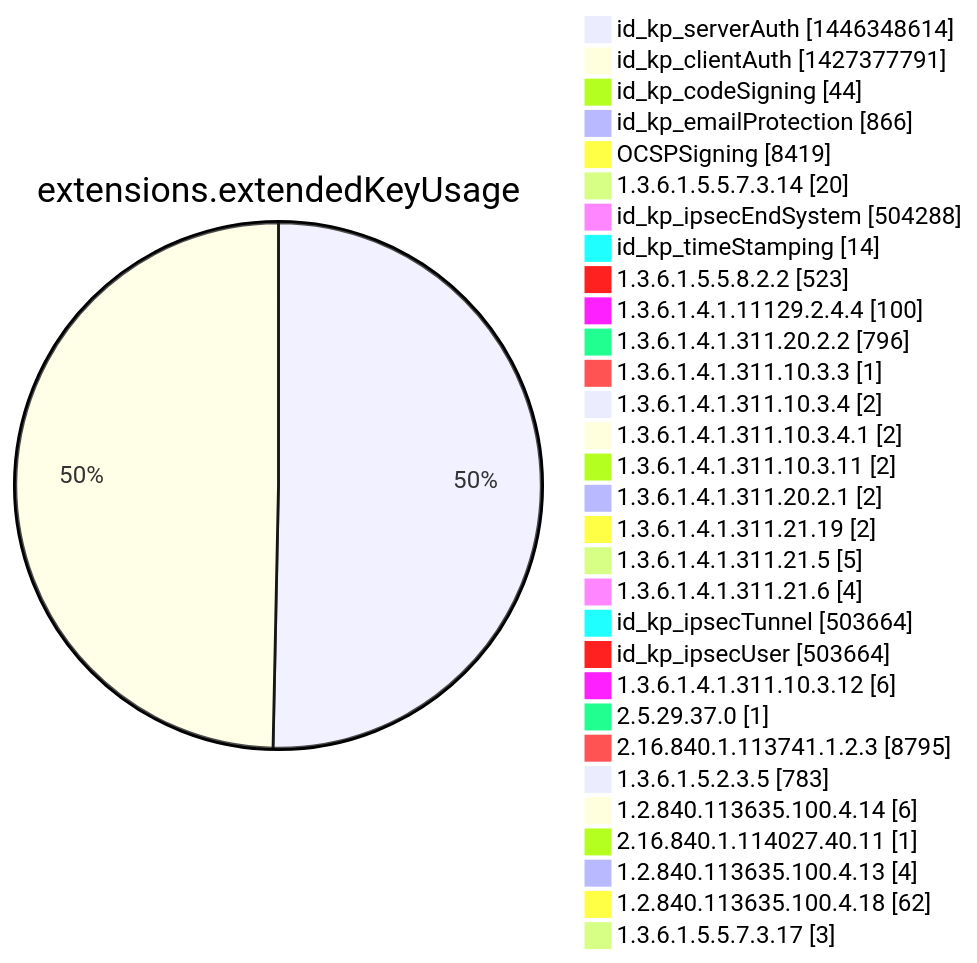
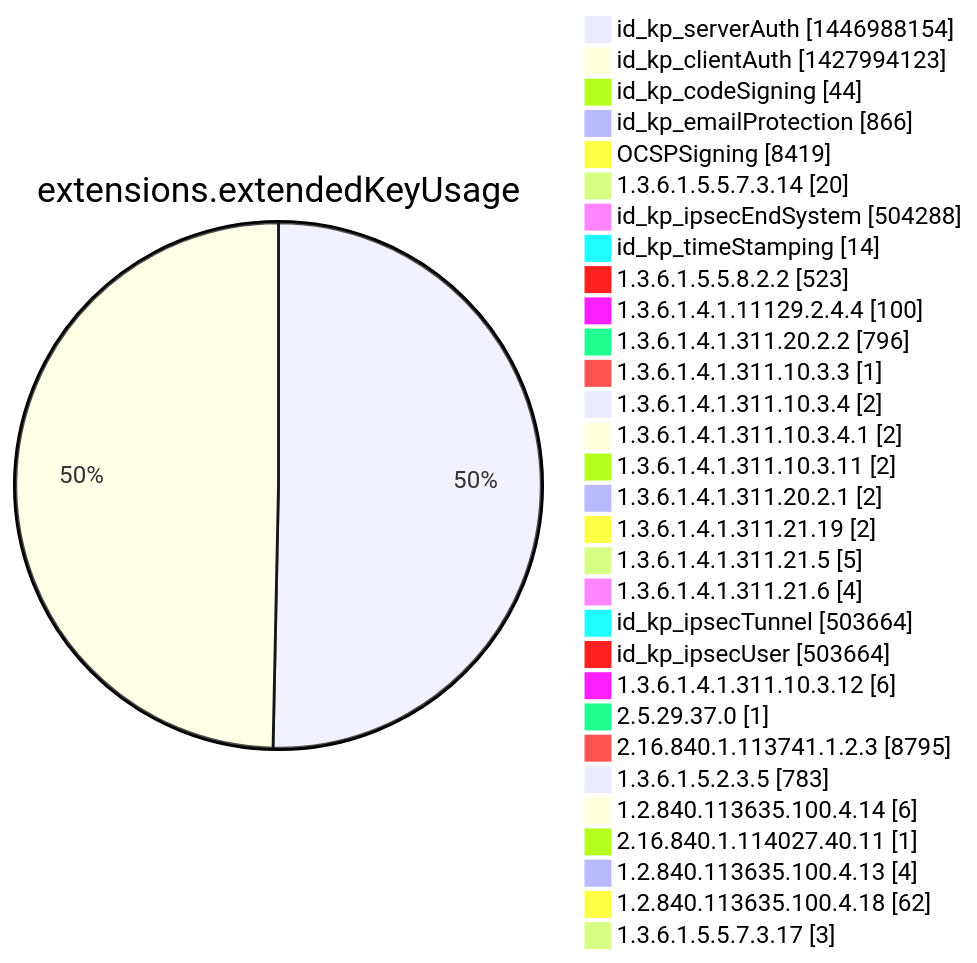
Diagram 12 of 15 in argon2022/README.md (christiankrug/ctmonitor_visualization), drawn with Mermaid before and after one commit. The commit also changed other lines of this file, not shown here.

````diff
--- a/argon2022/README.md
+++ b/argon2022/README.md
@@ -3555,34 +3555,34 @@
 ```mermaid
 pie showData
 title extensions.extendedKeyUsage
-"id_kp_serverAuth" :1446348614
-"id_kp_clientAuth" :1427377791
+"id_kp_serverAuth" :1446988154
+"id_kp_clientAuth" :1427994123
 "id_kp_codeSigning" :44
 "id_kp_emailProtection" :866
 "OCSPSigning" :8419
 "1.3.6.1.5.5.7.3.14" :20
 "id_kp_ipsecEndSystem" :504288
 "id_kp_timeStamping" :14
 "1.3.6.1.5.5.8.2.2" :523
 "1.3.6.1.4.1.11129.2.4.4" :100
 "1.3.6.1.4.1.311.20.2.2" :796
 "1.3.6.1.4.1.311.10.3.3" :1
 "1.3.6.1.4.1.311.10.3.4" :2
 "1.3.6.1.4.1.311.10.3.4.1" :2
 "1.3.6.1.4.1.311.10.3.11" :2
 "1.3.6.1.4.1.311.20.2.1" :2
 "1.3.6.1.4.1.311.21.19" :2
 "1.3.6.1.4.1.311.21.5" :5
 "1.3.6.1.4.1.311.21.6" :4
 "id_kp_ipsecTunnel" :503664
 "id_kp_ipsecUser" :503664
 "1.3.6.1.4.1.311.10.3.12" :6
 "2.5.29.37.0" :1
 "2.16.840.1.113741.1.2.3" :8795
 "1.3.6.1.5.2.3.5" :783
 "1.2.840.113635.100.4.14" :6
 "2.16.840.1.114027.40.11" :1
 "1.2.840.113635.100.4.13" :4
 "1.2.840.113635.100.4.18" :62
 "1.3.6.1.5.5.7.3.17" :3
 ```
````
